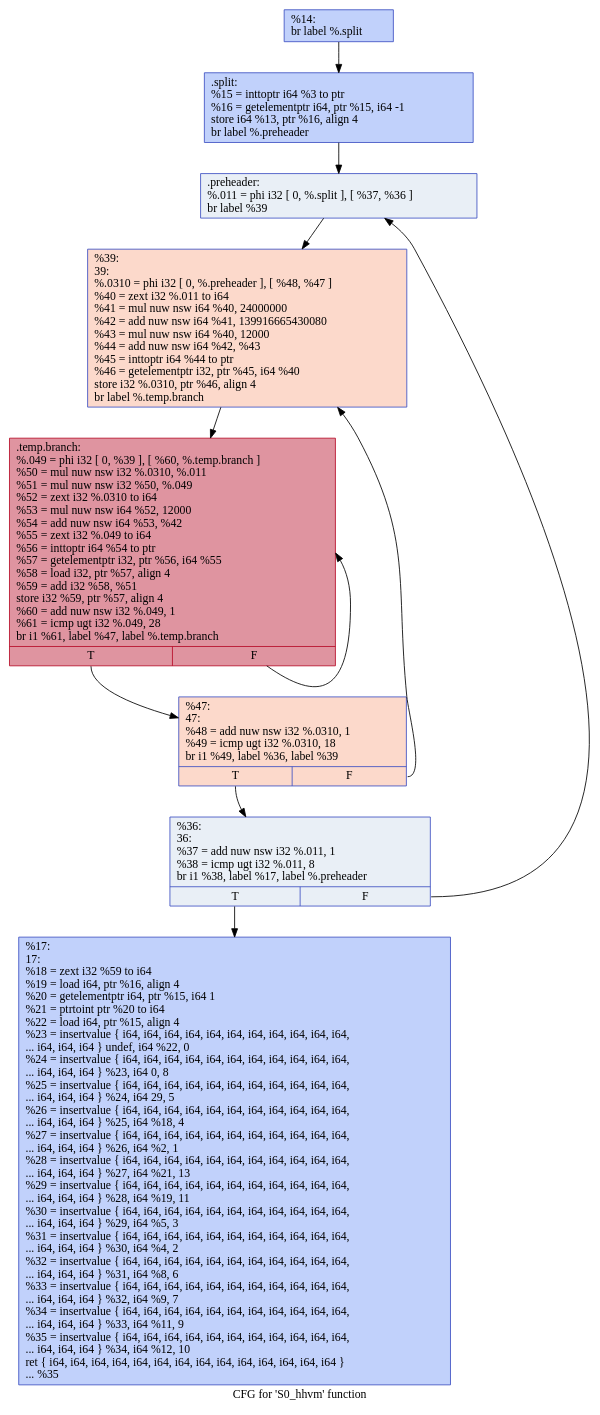
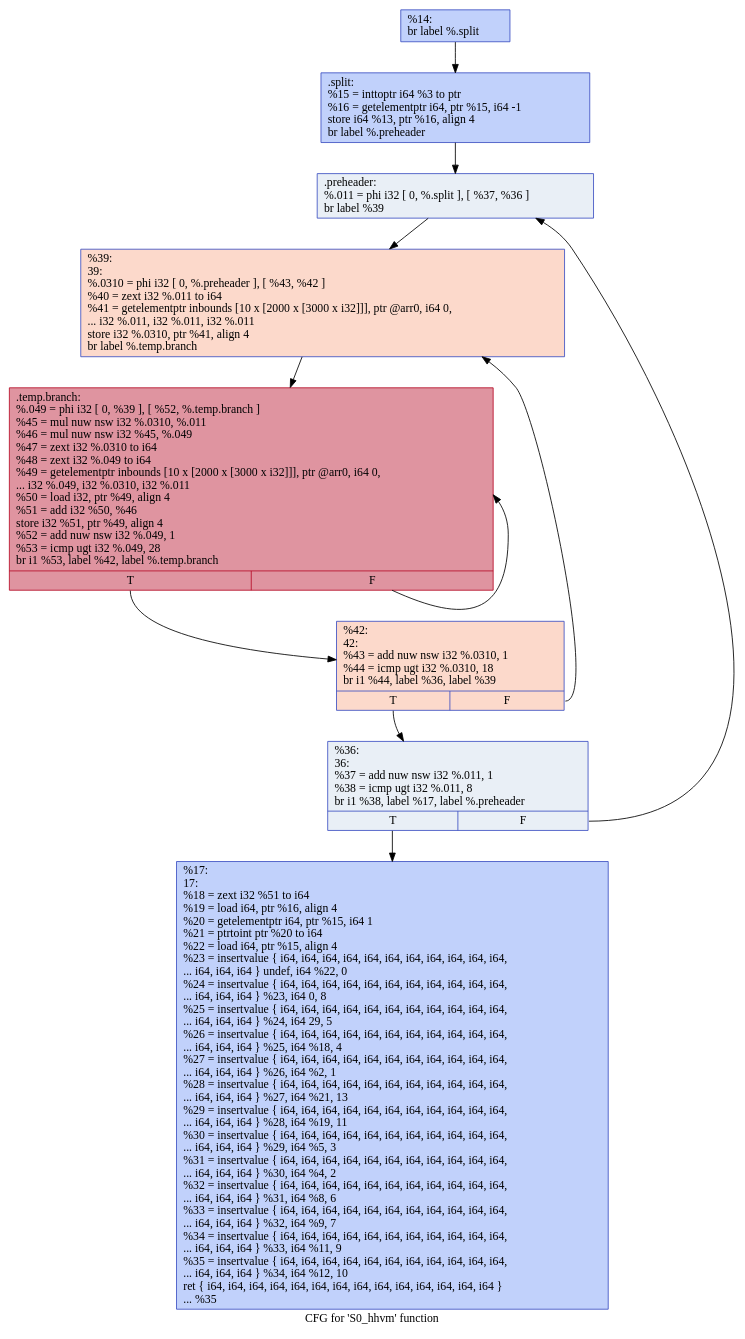
One commit to By-gitee/instrew changed the diagram in IRtest/.S0_hhvm.dot. Above: the diagram before and after it, drawn with Graphviz. The commit also changed 12 other files, not shown here.

```diff
--- a/IRtest/.S0_hhvm.dot
+++ b/IRtest/.S0_hhvm.dot
@@ -1,22 +1,22 @@
 digraph "CFG for 'S0_hhvm' function" {
 	label="CFG for 'S0_hhvm' function";
 
-	Node0x560622154f90 [shape=record,color="#3d50c3ff", style=filled, fillcolor="#7396f570",label="{%14:\l  br label %.split\l}"];
-	Node0x560622154f90 -> Node0x560622155020;
-	Node0x560622155020 [shape=record,color="#3d50c3ff", style=filled, fillcolor="#7396f570",label="{.split:                                           \l  %15 = inttoptr i64 %3 to ptr\l  %16 = getelementptr i64, ptr %15, i64 -1\l  store i64 %13, ptr %16, align 4\l  br label %.preheader\l}"];
-	Node0x560622155020 -> Node0x560622155940;
-	Node0x560622155940 [shape=record,color="#3d50c3ff", style=filled, fillcolor="#cedaeb70",label="{.preheader:                                       \l  %.011 = phi i32 [ 0, %.split ], [ %37, %36 ]\l  br label %39\l}"];
-	Node0x560622155940 -> Node0x560622155b70;
-	Node0x560622155c70 [shape=record,color="#3d50c3ff", style=filled, fillcolor="#7396f570",label="{%17:\l17:                                               \l  %18 = zext i32 %59 to i64\l  %19 = load i64, ptr %16, align 4\l  %20 = getelementptr i64, ptr %15, i64 1\l  %21 = ptrtoint ptr %20 to i64\l  %22 = load i64, ptr %15, align 4\l  %23 = insertvalue \{ i64, i64, i64, i64, i64, i64, i64, i64, i64, i64, i64,\l... i64, i64, i64 \} undef, i64 %22, 0\l  %24 = insertvalue \{ i64, i64, i64, i64, i64, i64, i64, i64, i64, i64, i64,\l... i64, i64, i64 \} %23, i64 0, 8\l  %25 = insertvalue \{ i64, i64, i64, i64, i64, i64, i64, i64, i64, i64, i64,\l... i64, i64, i64 \} %24, i64 29, 5\l  %26 = insertvalue \{ i64, i64, i64, i64, i64, i64, i64, i64, i64, i64, i64,\l... i64, i64, i64 \} %25, i64 %18, 4\l  %27 = insertvalue \{ i64, i64, i64, i64, i64, i64, i64, i64, i64, i64, i64,\l... i64, i64, i64 \} %26, i64 %2, 1\l  %28 = insertvalue \{ i64, i64, i64, i64, i64, i64, i64, i64, i64, i64, i64,\l... i64, i64, i64 \} %27, i64 %21, 13\l  %29 = insertvalue \{ i64, i64, i64, i64, i64, i64, i64, i64, i64, i64, i64,\l... i64, i64, i64 \} %28, i64 %19, 11\l  %30 = insertvalue \{ i64, i64, i64, i64, i64, i64, i64, i64, i64, i64, i64,\l... i64, i64, i64 \} %29, i64 %5, 3\l  %31 = insertvalue \{ i64, i64, i64, i64, i64, i64, i64, i64, i64, i64, i64,\l... i64, i64, i64 \} %30, i64 %4, 2\l  %32 = insertvalue \{ i64, i64, i64, i64, i64, i64, i64, i64, i64, i64, i64,\l... i64, i64, i64 \} %31, i64 %8, 6\l  %33 = insertvalue \{ i64, i64, i64, i64, i64, i64, i64, i64, i64, i64, i64,\l... i64, i64, i64 \} %32, i64 %9, 7\l  %34 = insertvalue \{ i64, i64, i64, i64, i64, i64, i64, i64, i64, i64, i64,\l... i64, i64, i64 \} %33, i64 %11, 9\l  %35 = insertvalue \{ i64, i64, i64, i64, i64, i64, i64, i64, i64, i64, i64,\l... i64, i64, i64 \} %34, i64 %12, 10\l  ret \{ i64, i64, i64, i64, i64, i64, i64, i64, i64, i64, i64, i64, i64, i64 \}\l... %35\l}"];
-	Node0x560622155a90 [shape=record,color="#3d50c3ff", style=filled, fillcolor="#cedaeb70",label="{%36:\l36:                                               \l  %37 = add nuw nsw i32 %.011, 1\l  %38 = icmp ugt i32 %.011, 8\l  br i1 %38, label %17, label %.preheader\l|{<s0>T|<s1>F}}"];
-	Node0x560622155a90:s0 -> Node0x560622155c70;
-	Node0x560622155a90:s1 -> Node0x560622155940;
-	Node0x560622155b70 [shape=record,color="#3d50c3ff", style=filled, fillcolor="#f7a88970",label="{%39:\l39:                                               \l  %.0310 = phi i32 [ 0, %.preheader ], [ %48, %47 ]\l  %40 = zext i32 %.011 to i64\l  %41 = mul nuw nsw i64 %40, 24000000\l  %42 = add nuw nsw i64 %41, 139916665430080\l  %43 = mul nuw nsw i64 %40, 12000\l  %44 = add nuw nsw i64 %42, %43\l  %45 = inttoptr i64 %44 to ptr\l  %46 = getelementptr i32, ptr %45, i64 %40\l  store i32 %.0310, ptr %46, align 4\l  br label %.temp.branch\l}"];
-	Node0x560622155b70 -> Node0x560622157640;
-	Node0x5606221570d0 [shape=record,color="#3d50c3ff", style=filled, fillcolor="#f7a88970",label="{%47:\l47:                                               \l  %48 = add nuw nsw i32 %.0310, 1\l  %49 = icmp ugt i32 %.0310, 18\l  br i1 %49, label %36, label %39\l|{<s0>T|<s1>F}}"];
-	Node0x5606221570d0:s0 -> Node0x560622155a90;
-	Node0x5606221570d0:s1 -> Node0x560622155b70;
-	Node0x560622157640 [shape=record,color="#b70d28ff", style=filled, fillcolor="#b70d2870",label="{.temp.branch:                                     \l  %.049 = phi i32 [ 0, %39 ], [ %60, %.temp.branch ]\l  %50 = mul nuw nsw i32 %.0310, %.011\l  %51 = mul nuw nsw i32 %50, %.049\l  %52 = zext i32 %.0310 to i64\l  %53 = mul nuw nsw i64 %52, 12000\l  %54 = add nuw nsw i64 %53, %42\l  %55 = zext i32 %.049 to i64\l  %56 = inttoptr i64 %54 to ptr\l  %57 = getelementptr i32, ptr %56, i64 %55\l  %58 = load i32, ptr %57, align 4\l  %59 = add i32 %58, %51\l  store i32 %59, ptr %57, align 4\l  %60 = add nuw nsw i32 %.049, 1\l  %61 = icmp ugt i32 %.049, 28\l  br i1 %61, label %47, label %.temp.branch\l|{<s0>T|<s1>F}}"];
-	Node0x560622157640:s0 -> Node0x5606221570d0;
-	Node0x560622157640:s1 -> Node0x560622157640;
+	Node0x5573602dc4c0 [shape=record,color="#3d50c3ff", style=filled, fillcolor="#7396f570",label="{%14:\l  br label %.split\l}"];
+	Node0x5573602dc4c0 -> Node0x5573602dc550;
+	Node0x5573602dc550 [shape=record,color="#3d50c3ff", style=filled, fillcolor="#7396f570",label="{.split:                                           \l  %15 = inttoptr i64 %3 to ptr\l  %16 = getelementptr i64, ptr %15, i64 -1\l  store i64 %13, ptr %16, align 4\l  br label %.preheader\l}"];
+	Node0x5573602dc550 -> Node0x5573602dc860;
+	Node0x5573602dc860 [shape=record,color="#3d50c3ff", style=filled, fillcolor="#cedaeb70",label="{.preheader:                                       \l  %.011 = phi i32 [ 0, %.split ], [ %37, %36 ]\l  br label %39\l}"];
+	Node0x5573602dc860 -> Node0x5573602dca90;
+	Node0x5573602dcb90 [shape=record,color="#3d50c3ff", style=filled, fillcolor="#7396f570",label="{%17:\l17:                                               \l  %18 = zext i32 %51 to i64\l  %19 = load i64, ptr %16, align 4\l  %20 = getelementptr i64, ptr %15, i64 1\l  %21 = ptrtoint ptr %20 to i64\l  %22 = load i64, ptr %15, align 4\l  %23 = insertvalue \{ i64, i64, i64, i64, i64, i64, i64, i64, i64, i64, i64,\l... i64, i64, i64 \} undef, i64 %22, 0\l  %24 = insertvalue \{ i64, i64, i64, i64, i64, i64, i64, i64, i64, i64, i64,\l... i64, i64, i64 \} %23, i64 0, 8\l  %25 = insertvalue \{ i64, i64, i64, i64, i64, i64, i64, i64, i64, i64, i64,\l... i64, i64, i64 \} %24, i64 29, 5\l  %26 = insertvalue \{ i64, i64, i64, i64, i64, i64, i64, i64, i64, i64, i64,\l... i64, i64, i64 \} %25, i64 %18, 4\l  %27 = insertvalue \{ i64, i64, i64, i64, i64, i64, i64, i64, i64, i64, i64,\l... i64, i64, i64 \} %26, i64 %2, 1\l  %28 = insertvalue \{ i64, i64, i64, i64, i64, i64, i64, i64, i64, i64, i64,\l... i64, i64, i64 \} %27, i64 %21, 13\l  %29 = insertvalue \{ i64, i64, i64, i64, i64, i64, i64, i64, i64, i64, i64,\l... i64, i64, i64 \} %28, i64 %19, 11\l  %30 = insertvalue \{ i64, i64, i64, i64, i64, i64, i64, i64, i64, i64, i64,\l... i64, i64, i64 \} %29, i64 %5, 3\l  %31 = insertvalue \{ i64, i64, i64, i64, i64, i64, i64, i64, i64, i64, i64,\l... i64, i64, i64 \} %30, i64 %4, 2\l  %32 = insertvalue \{ i64, i64, i64, i64, i64, i64, i64, i64, i64, i64, i64,\l... i64, i64, i64 \} %31, i64 %8, 6\l  %33 = insertvalue \{ i64, i64, i64, i64, i64, i64, i64, i64, i64, i64, i64,\l... i64, i64, i64 \} %32, i64 %9, 7\l  %34 = insertvalue \{ i64, i64, i64, i64, i64, i64, i64, i64, i64, i64, i64,\l... i64, i64, i64 \} %33, i64 %11, 9\l  %35 = insertvalue \{ i64, i64, i64, i64, i64, i64, i64, i64, i64, i64, i64,\l... i64, i64, i64 \} %34, i64 %12, 10\l  ret \{ i64, i64, i64, i64, i64, i64, i64, i64, i64, i64, i64, i64, i64, i64 \}\l... %35\l}"];
+	Node0x5573602dc9b0 [shape=record,color="#3d50c3ff", style=filled, fillcolor="#cedaeb70",label="{%36:\l36:                                               \l  %37 = add nuw nsw i32 %.011, 1\l  %38 = icmp ugt i32 %.011, 8\l  br i1 %38, label %17, label %.preheader\l|{<s0>T|<s1>F}}"];
+	Node0x5573602dc9b0:s0 -> Node0x5573602dcb90;
+	Node0x5573602dc9b0:s1 -> Node0x5573602dc860;
+	Node0x5573602dca90 [shape=record,color="#3d50c3ff", style=filled, fillcolor="#f7a88970",label="{%39:\l39:                                               \l  %.0310 = phi i32 [ 0, %.preheader ], [ %43, %42 ]\l  %40 = zext i32 %.011 to i64\l  %41 = getelementptr inbounds [10 x [2000 x [3000 x i32]]], ptr @arr0, i64 0,\l... i32 %.011, i32 %.011, i32 %.011\l  store i32 %.0310, ptr %41, align 4\l  br label %.temp.branch\l}"];
+	Node0x5573602dca90 -> Node0x5573602de280;
+	Node0x5573602ddff0 [shape=record,color="#3d50c3ff", style=filled, fillcolor="#f7a88970",label="{%42:\l42:                                               \l  %43 = add nuw nsw i32 %.0310, 1\l  %44 = icmp ugt i32 %.0310, 18\l  br i1 %44, label %36, label %39\l|{<s0>T|<s1>F}}"];
+	Node0x5573602ddff0:s0 -> Node0x5573602dc9b0;
+	Node0x5573602ddff0:s1 -> Node0x5573602dca90;
+	Node0x5573602de280 [shape=record,color="#b70d28ff", style=filled, fillcolor="#b70d2870",label="{.temp.branch:                                     \l  %.049 = phi i32 [ 0, %39 ], [ %52, %.temp.branch ]\l  %45 = mul nuw nsw i32 %.0310, %.011\l  %46 = mul nuw nsw i32 %45, %.049\l  %47 = zext i32 %.0310 to i64\l  %48 = zext i32 %.049 to i64\l  %49 = getelementptr inbounds [10 x [2000 x [3000 x i32]]], ptr @arr0, i64 0,\l... i32 %.049, i32 %.0310, i32 %.011\l  %50 = load i32, ptr %49, align 4\l  %51 = add i32 %50, %46\l  store i32 %51, ptr %49, align 4\l  %52 = add nuw nsw i32 %.049, 1\l  %53 = icmp ugt i32 %.049, 28\l  br i1 %53, label %42, label %.temp.branch\l|{<s0>T|<s1>F}}"];
+	Node0x5573602de280:s0 -> Node0x5573602ddff0;
+	Node0x5573602de280:s1 -> Node0x5573602de280;
 }
```
